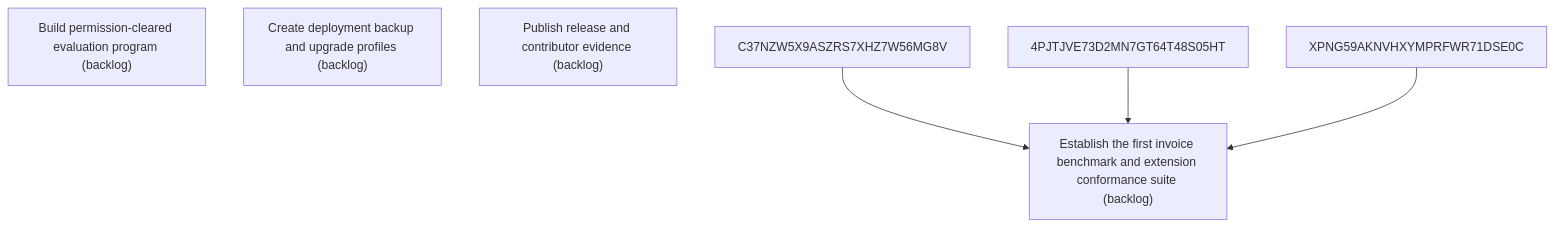
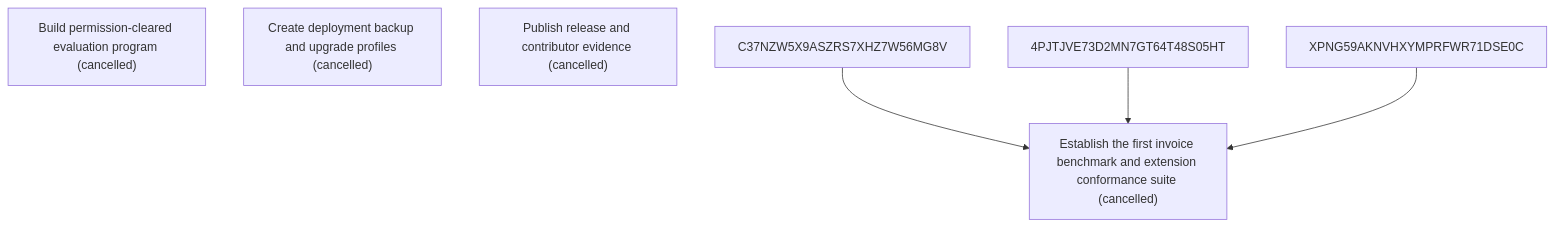
The diagram in .skyhook/plan/epics/25Y3EMKGPZBZEHKRC5STM8Z2JC.md (asadayoub/Evidentia), drawn with Mermaid before and after one commit. The commit also changed other lines of this file and 54 other files, not shown here.

Commit message:
docs(skyhook): adopt interaction-first delivery roadmap

````diff
--- a/.skyhook/plan/epics/25Y3EMKGPZBZEHKRC5STM8Z2JC.md
+++ b/.skyhook/plan/epics/25Y3EMKGPZBZEHKRC5STM8Z2JC.md
@@ -23,10 +23,10 @@
 ```mermaid
 flowchart TD
-    JY8T325XB4VZ2F6DZRPYY7XEHD["Build permission-cleared evaluation program (backlog)"]
-    99JY71R6GRKG8SXDWD92357XNV["Create deployment backup and upgrade profiles (backlog)"]
-    7EGC5PWY8MQB5BKQKTR05DWBPQ["Publish release and contributor evidence (backlog)"]
-    STORY-001["Establish the first invoice benchmark and extension conformance suite (backlog)"]
+    JY8T325XB4VZ2F6DZRPYY7XEHD["Build permission-cleared evaluation program (cancelled)"]
+    99JY71R6GRKG8SXDWD92357XNV["Create deployment backup and upgrade profiles (cancelled)"]
+    7EGC5PWY8MQB5BKQKTR05DWBPQ["Publish release and contributor evidence (cancelled)"]
+    STORY-001["Establish the first invoice benchmark and extension conformance suite (cancelled)"]
     C37NZW5X9ASZRS7XHZ7W56MG8V --> STORY-001
     4PJTJVE73D2MN7GT64T48S05HT --> STORY-001
     XPNG59AKNVHXYMPRFWR71DSE0C --> STORY-001
 ```
````
